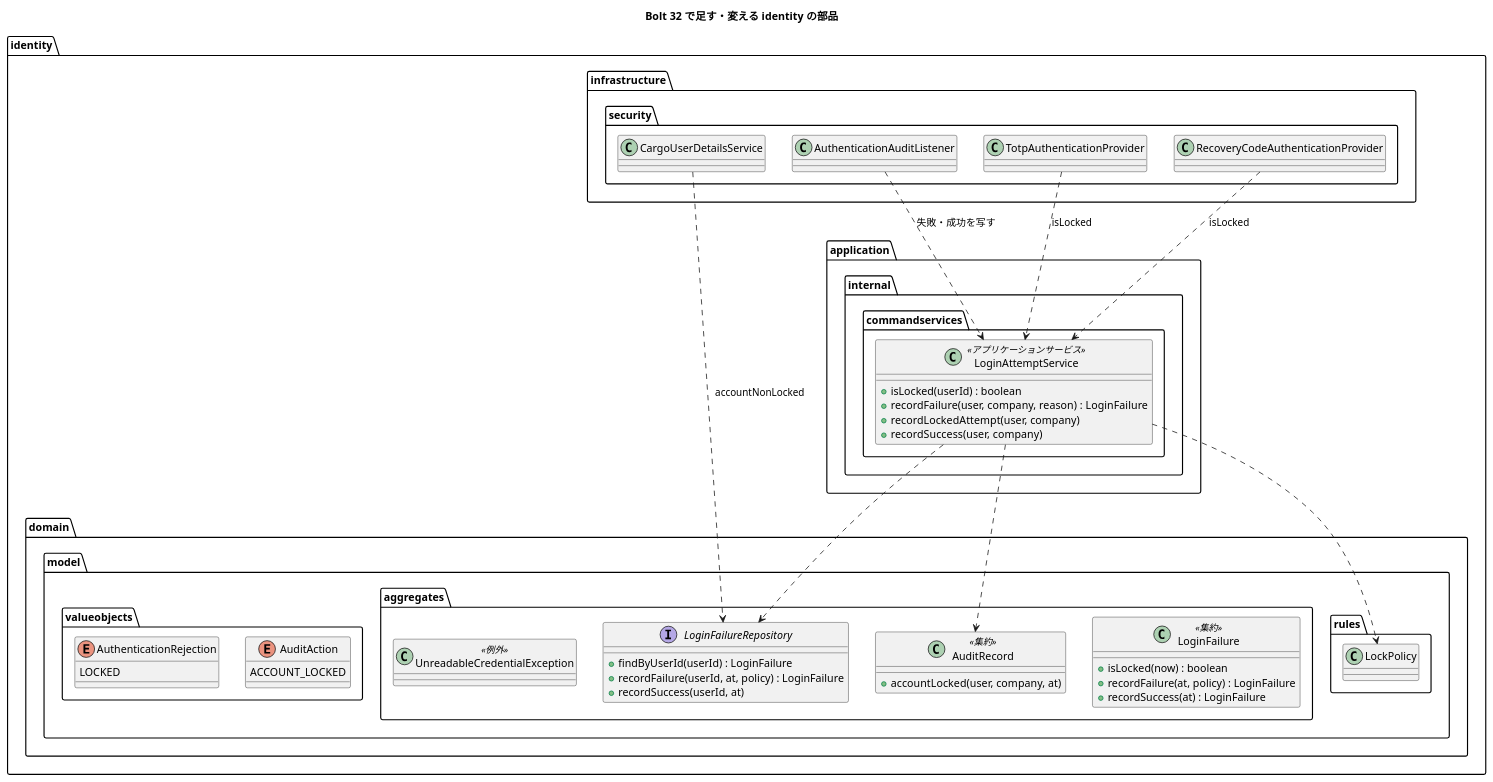
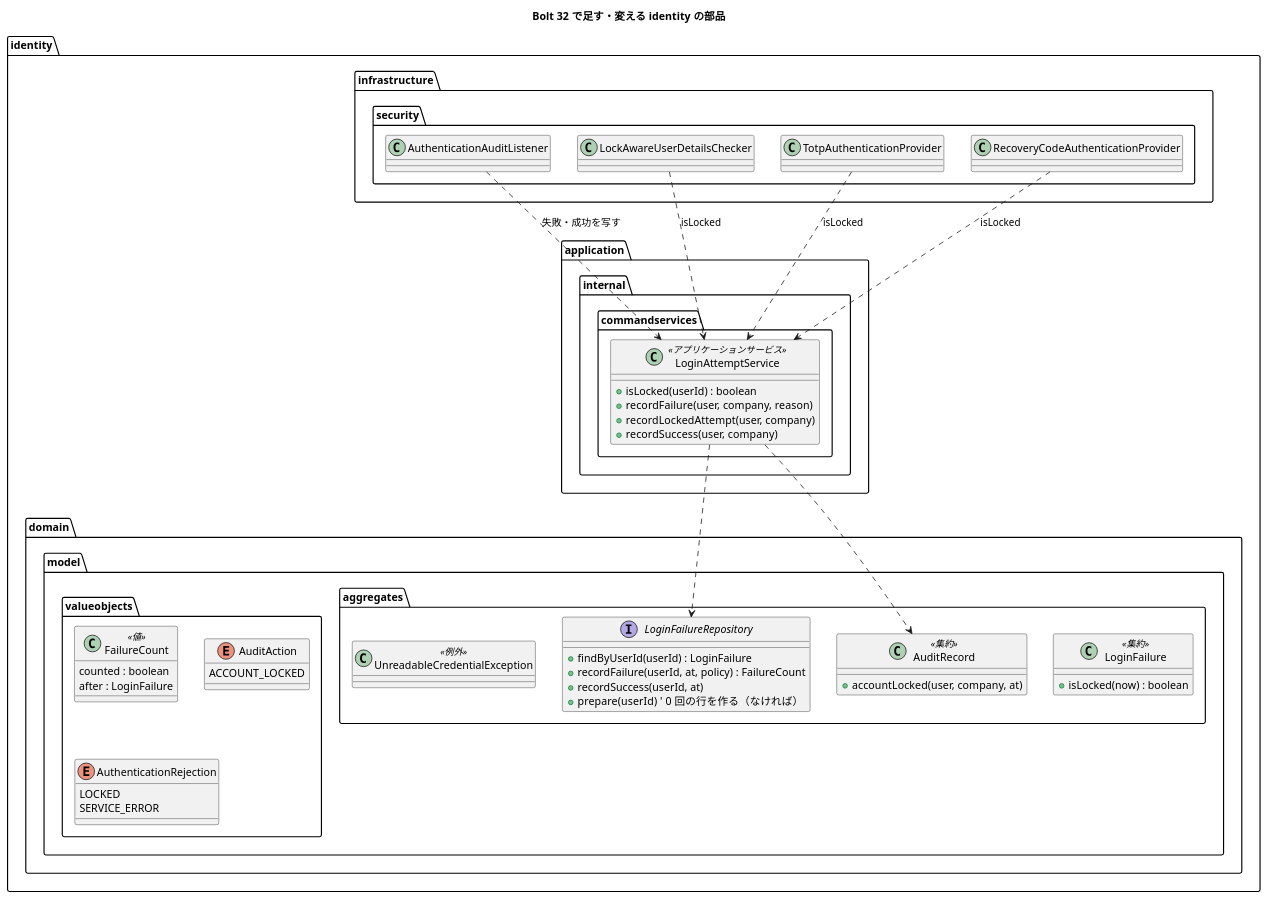
Before and after one commit to k2works/practical-domain-driven-design-in-enterpris-application: the first of 4 diagrams in docs/development/cargo-tracker/bolt_32_plan.md, drawn with PlantUML. The commit also changed other lines of this file and 4 other files, not shown here.

````diff
--- a/docs/development/cargo-tracker/bolt_32_plan.md
+++ b/docs/development/cargo-tracker/bolt_32_plan.md
@@ -75,53 +78,53 @@
 ```plantuml
 @startuml
 title Bolt 32 で足す・変える identity の部品
 package "identity.domain.model.aggregates" {
   class LoginFailure <<集約>> {
     + isLocked(now) : boolean
-    + recordFailure(at, policy) : LoginFailure
-    + recordSuccess(at) : LoginFailure
   }
   interface LoginFailureRepository {
     + findByUserId(userId) : LoginFailure
-    + recordFailure(userId, at, policy) : LoginFailure
+    + recordFailure(userId, at, policy) : FailureCount
     + recordSuccess(userId, at)
+    + prepare(userId)  ' 0 回の行を作る（なければ）
   }
   class AuditRecord <<集約>> {
     + accountLocked(user, company, at)
   }
   class UnreadableCredentialException <<例外>>
 }
-package "identity.domain.model.rules" {
-  class LockPolicy
-}
 package "identity.domain.model.valueobjects" {
+  class FailureCount <<値>> {
+    counted : boolean
+    after : LoginFailure
+  }
   enum AuditAction {
     ACCOUNT_LOCKED
   }
   enum AuthenticationRejection {
     LOCKED
+    SERVICE_ERROR
   }
 }
 package "identity.application.internal.commandservices" {
   class LoginAttemptService <<アプリケーションサービス>> {
     + isLocked(userId) : boolean
-    + recordFailure(user, company, reason) : LoginFailure
+    + recordFailure(user, company, reason)
     + recordLockedAttempt(user, company)
     + recordSuccess(user, company)
   }
 }
 package "identity.infrastructure.security" {
   class AuthenticationAuditListener
-  class CargoUserDetailsService
+  class LockAwareUserDetailsChecker
   class TotpAuthenticationProvider
   class RecoveryCodeAuthenticationProvider
 }
 LoginAttemptService ..> LoginFailureRepository
-LoginAttemptService ..> LockPolicy
 LoginAttemptService ..> AuditRecord
 AuthenticationAuditListener ..> LoginAttemptService : 失敗・成功を写す
-CargoUserDetailsService ..> LoginFailureRepository : accountNonLocked
+LockAwareUserDetailsChecker ..> LoginAttemptService : isLocked
 TotpAuthenticationProvider ..> LoginAttemptService : isLocked
 RecoveryCodeAuthenticationProvider ..> LoginAttemptService : isLocked
 @enduml
 ```
````
